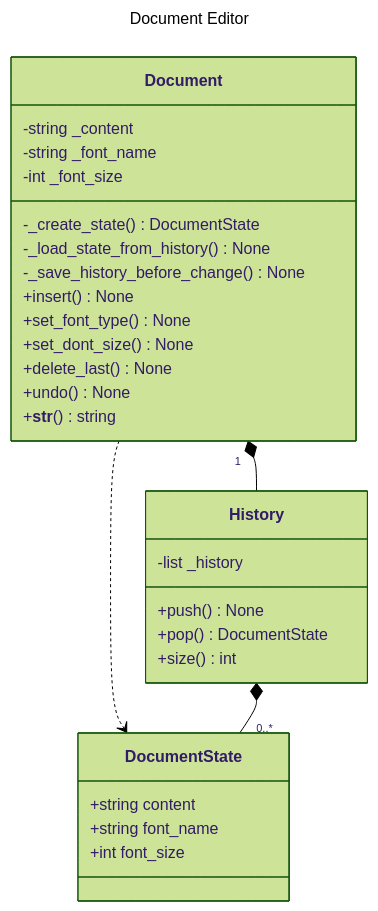
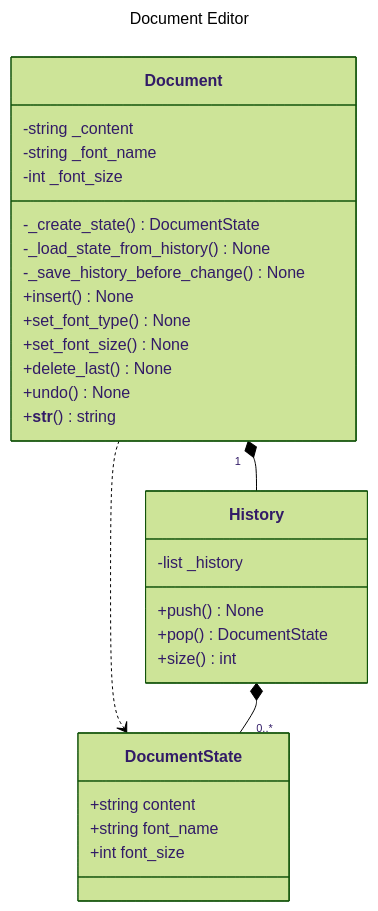
One commit to zaxor0/programming2 changed the diagram in hw1/diagram.mermaid. Above: the diagram before and after it, drawn with Mermaid (forest theme). The commit also changed 1 other file, not shown here.

Commit message:
diagrams

```diff
--- a/hw1/diagram.mermaid
+++ b/hw1/diagram.mermaid
@@ -1,32 +1,32 @@
 ---
 title: Document Editor
 ---
 classDiagram
     Document "1" *-- History
     Document ..> DocumentState
     History *-- "0..*" DocumentState
     class Document{
         -string _content
         -string _font_name
         -int _font_size
         -_create_state() DocumentState
         -_load_state_from_history() None
         -_save_history_before_change() None
         +insert() None
         +set_font_type() None
-        +set_dont_size() None
+        +set_font_size() None
         +delete_last() None
         +undo() None
         +__str__() string
     }
     class History{
         -list _history
         +push() None
         +pop() DocumentState
         +size() int
     }
     class DocumentState{
         +string content
         +string font_name
         +int font_size
     }
```
